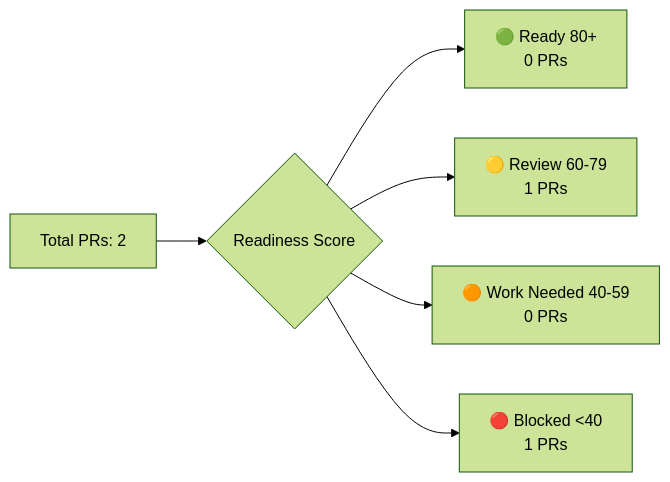
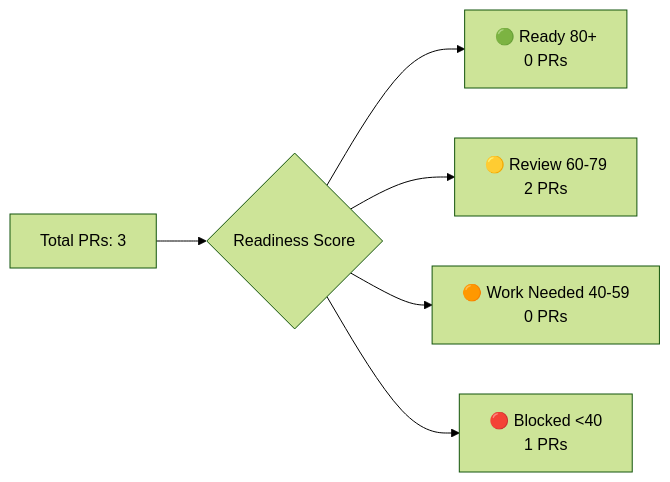
The third of 4 diagrams in docs/tracker.md (Nitsur10/invoice-dashboard-deploy), drawn with Mermaid (forest theme) before and after one commit. The commit also changed other lines of this file and 1 other file, not shown here.

First line of the commit message:
chore(tracker): update portfolio dashboard - 3 PRs, 5 issues

````diff
--- a/docs/tracker.md
+++ b/docs/tracker.md
@@ -40,8 +40,8 @@
 ```mermaid
 graph LR
-    A[Total PRs: 2] --> B{Readiness Score}
+    A[Total PRs: 3] --> B{Readiness Score}
     B --> C[🟢 Ready 80+<br/>0 PRs]
-    B --> D[🟡 Review 60-79<br/>1 PRs]
+    B --> D[🟡 Review 60-79<br/>2 PRs]
     B --> E[🟠 Work Needed 40-59<br/>0 PRs]
     B --> F[🔴 Blocked <40<br/>1 PRs]
 ```
````
